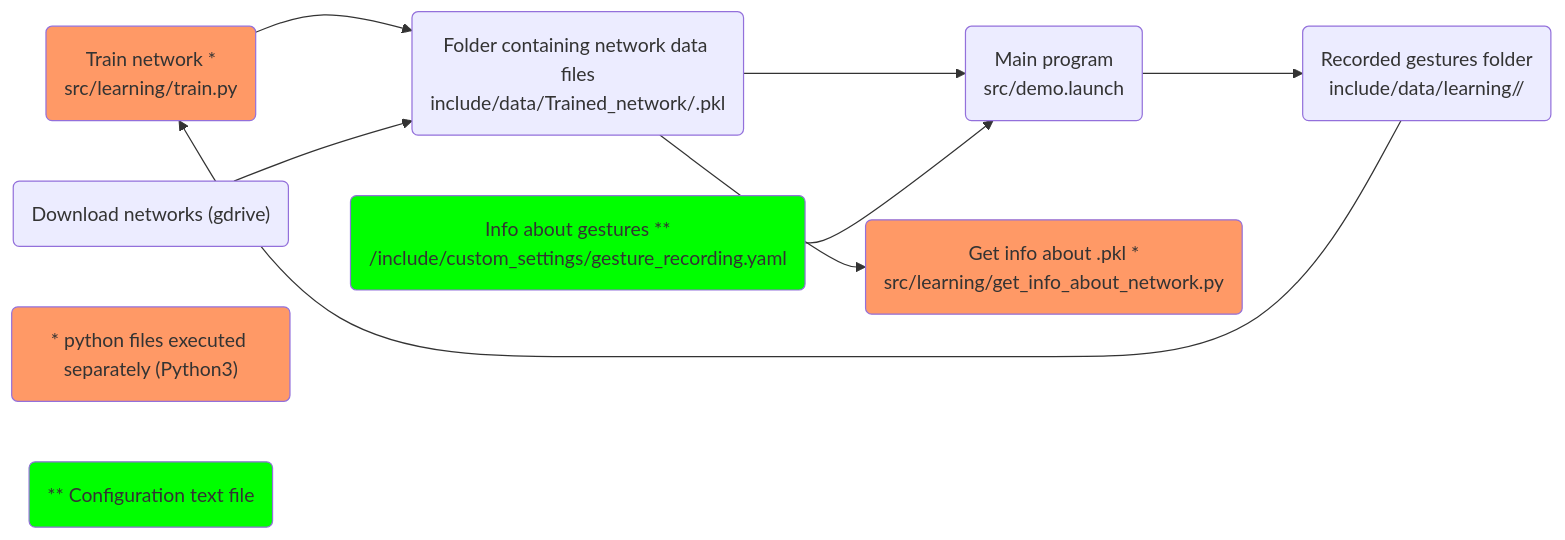
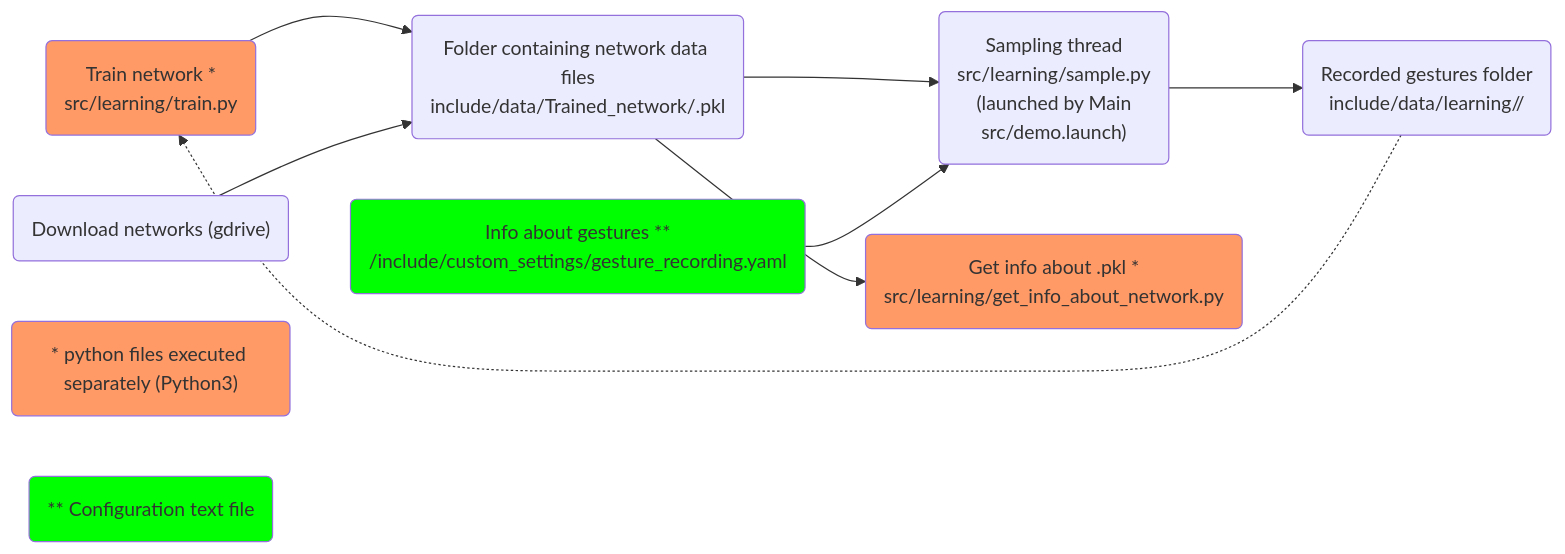
One commit to imitrob/teleop_gesture_toolbox changed the diagram in README.md. Above: the diagram before and after it, drawn with Mermaid. The commit also changed other lines of this file, not shown here.

````diff
--- a/README.md
+++ b/README.md
@@ -77,17 +94,17 @@
 ```mermaid
 graph LR;
 classDef someclass fill:#f96;
 classDef someclass2 fill:#00FF00;
 
 A("Train network *<br>src/learning/train.py<br>"):::someclass --> B("Folder containing network data files<br>include/data/Trained_network/<network x>.pkl")
 C("Download networks (gdrive)<br><inside user interface>") --> B
-B --> D("Main program<br>src/demo.launch")
+B --> D("Sampling thread<br>src/learning/sample.py<br>(launched by Main<br>src/demo.launch)")
 E("Info about gestures **<br>/include/custom_settings/gesture_recording.yaml"):::someclass2 --> D
 B --> F("Get info about <network x>.pkl *<br>src/learning/get_info_about_network.py"):::someclass
 
 G("* python files executed separately (Python3)"):::someclass
 H("** Configuration text file"):::someclass2
 
-I("Recorded gestures folder<br>include/data/learning/<gesture n>/<recording m>") --> A
+I("Recorded gestures folder<br>include/data/learning/<gesture n>/<recording m>") -.-> A
 D --> I
 ```
````
